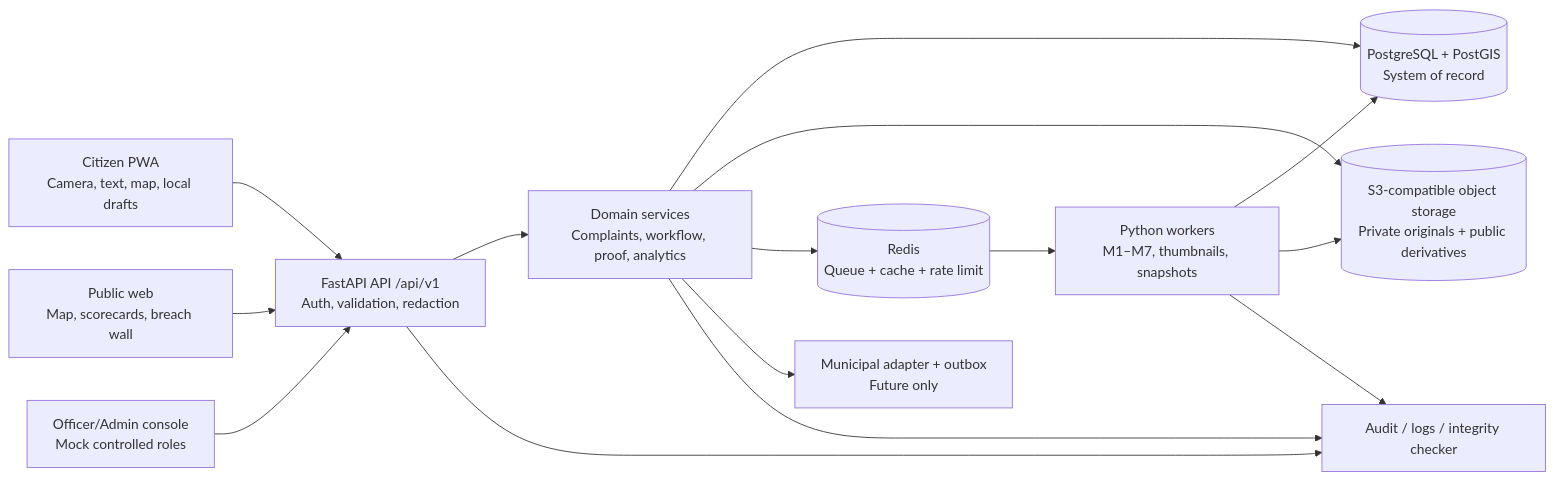
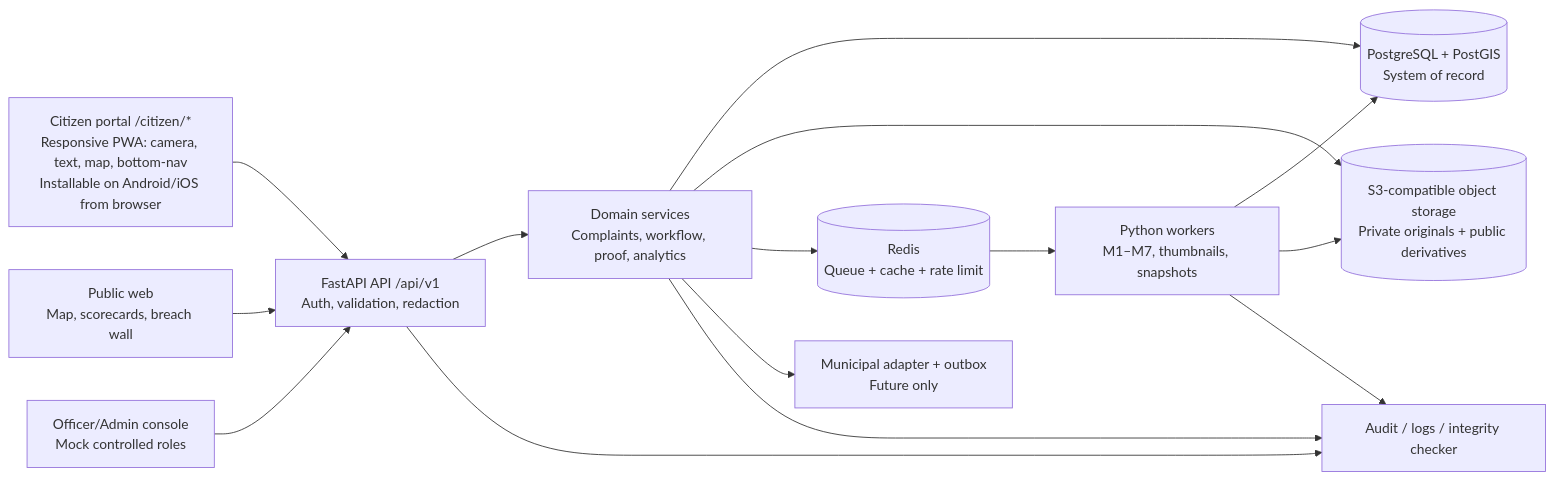
The first of 4 diagrams in PRODUCT/system-architecture.md (BladeX11/NagarDrishti-PWA), drawn with Mermaid before and after one commit. The commit also changed other lines of this file and 93 other files, not shown here.

Commit message:
feat(phase-2): complete verification UI and audit timeline

````diff
--- a/PRODUCT/system-architecture.md
+++ b/PRODUCT/system-architecture.md
@@ -27,29 +27,29 @@
 ```mermaid
 flowchart LR
-  C[Citizen PWA\nCamera, text, map, local drafts]
+  C[Citizen portal /citizen/*\nResponsive PWA: camera, text, map, bottom-nav\nInstallable on Android/iOS from browser]
   P[Public web\nMap, scorecards, breach wall]
   O[Officer/Admin console\nMock controlled roles]
   API[FastAPI API /api/v1\nAuth, validation, redaction]
   DOM[Domain services\nComplaints, workflow, proof, analytics]
   DB[(PostgreSQL + PostGIS\nSystem of record)]
   OBJ[(S3-compatible object storage\nPrivate originals + public derivatives)]
   R[(Redis\nQueue + cache + rate limit)]
   W[Python workers\nM1–M7, thumbnails, snapshots]
   AD[Municipal adapter + outbox\nFuture only]
   OBS[Audit / logs / integrity checker]
 
   C --> API
   P --> API
   O --> API
   API --> DOM
   DOM --> DB
   DOM --> OBJ
   DOM --> R
   R --> W
   W --> DB
   W --> OBJ
   DOM --> AD
   API --> OBS
   DOM --> OBS
   W --> OBS
 ```
````
